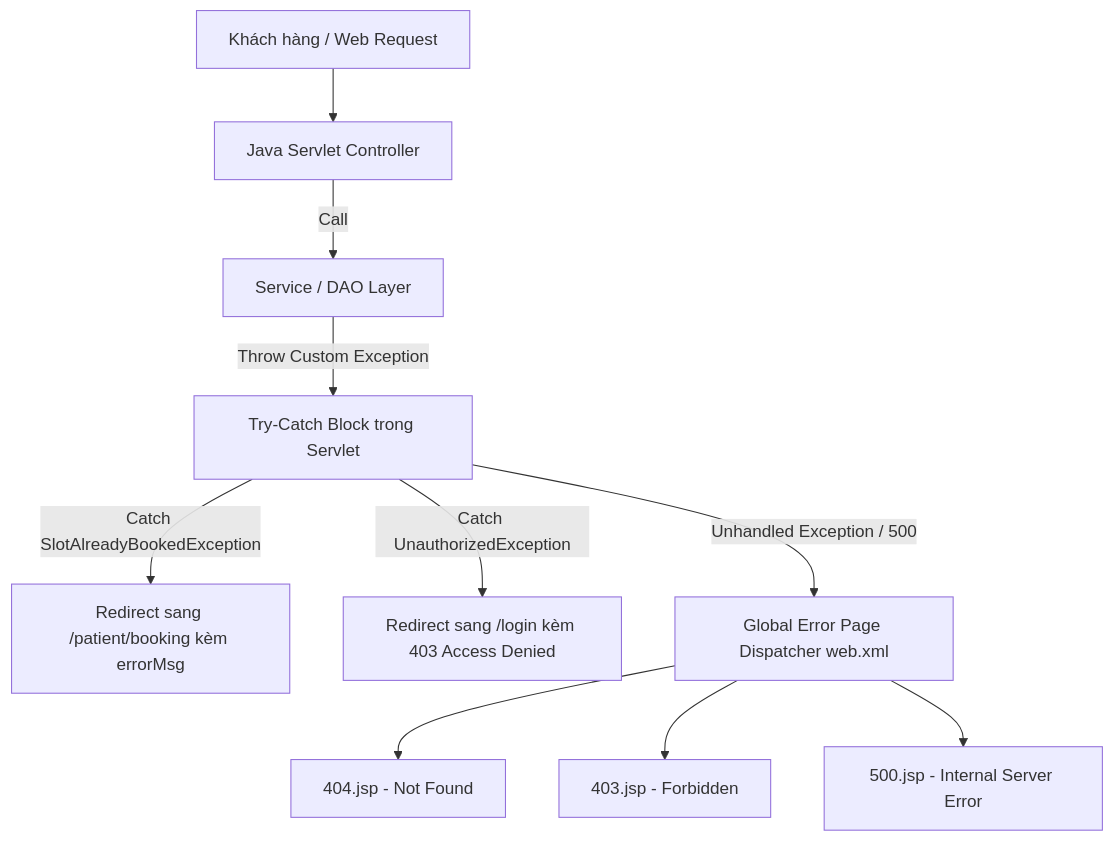
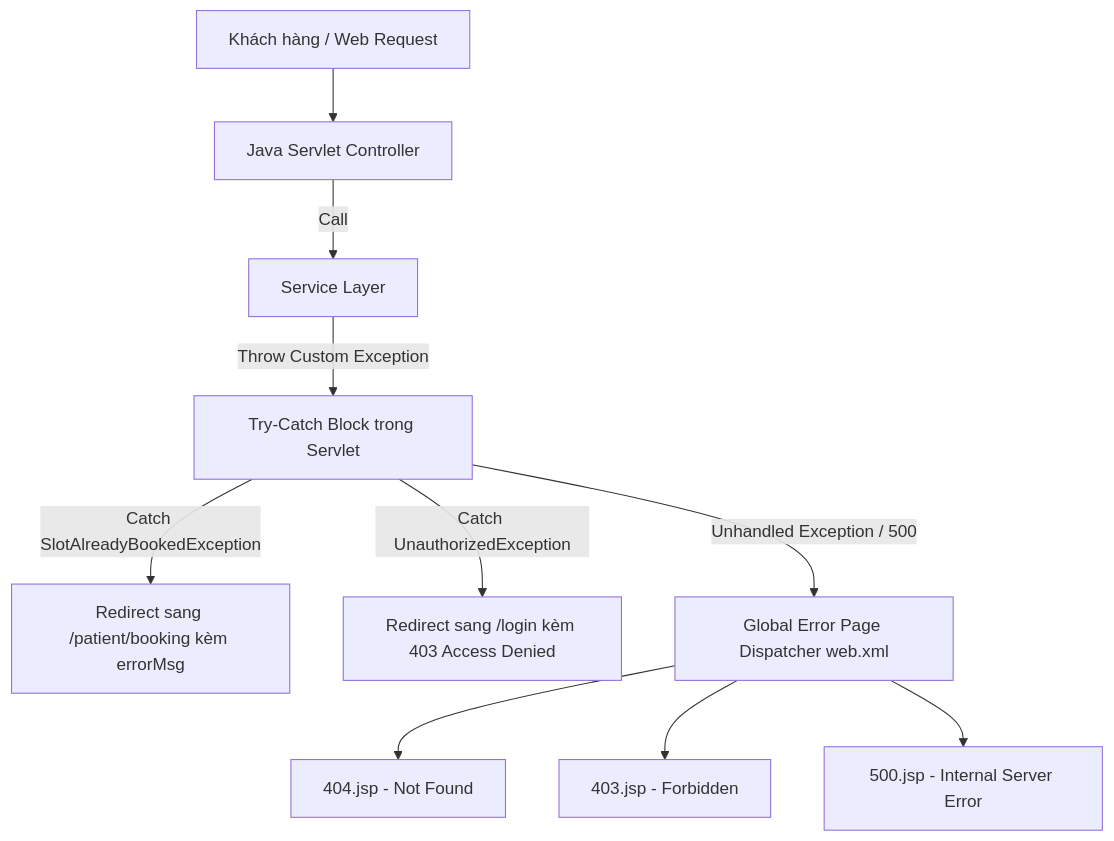
One commit to Duykhobo/PRJ301_Clinic changed the sixth of 7 diagrams in Topic_Proposal_PRJ301.md. Above: the diagram before and after it, drawn with Mermaid. The commit also changed other lines of this file and 67 other files, not shown here.

Commit message:
feat: initialize clinic management system with core MVC architecture, security filters, and user role dashboards

````diff
--- a/Topic_Proposal_PRJ301.md
+++ b/Topic_Proposal_PRJ301.md
@@ -431,12 +492,13 @@
 ```mermaid
 graph TD
     Client[Khách hàng / Web Request] --> Servlet[Java Servlet Controller]
-    Servlet -->|Call| Service[Service / DAO Layer]
+    Servlet -->|Call| Service[Service Layer]
     Service -->|Throw Custom Exception| Catch[Try-Catch Block trong Servlet]
     Catch -->|Catch SlotAlreadyBookedException| Redirect1[Redirect sang /patient/booking kèm errorMsg]
     Catch -->|Catch UnauthorizedException| Redirect2[Redirect sang /login kèm 403 Access Denied]
     Catch -->|Unhandled Exception / 500| GlobalErr[Global Error Page Dispatcher web.xml]
     GlobalErr --> Page404[404.jsp - Not Found]
     GlobalErr --> Page403[403.jsp - Forbidden]
     GlobalErr --> Page500[500.jsp - Internal Server Error]
+
 ```
````
